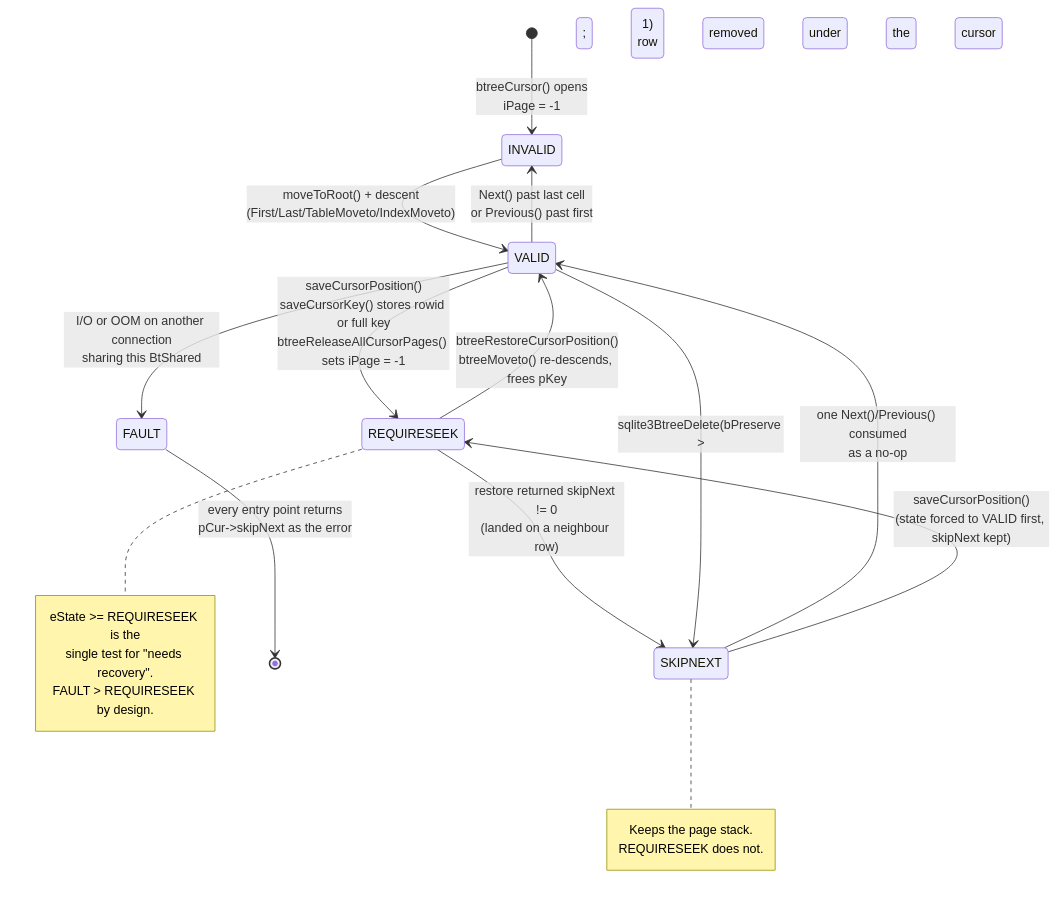
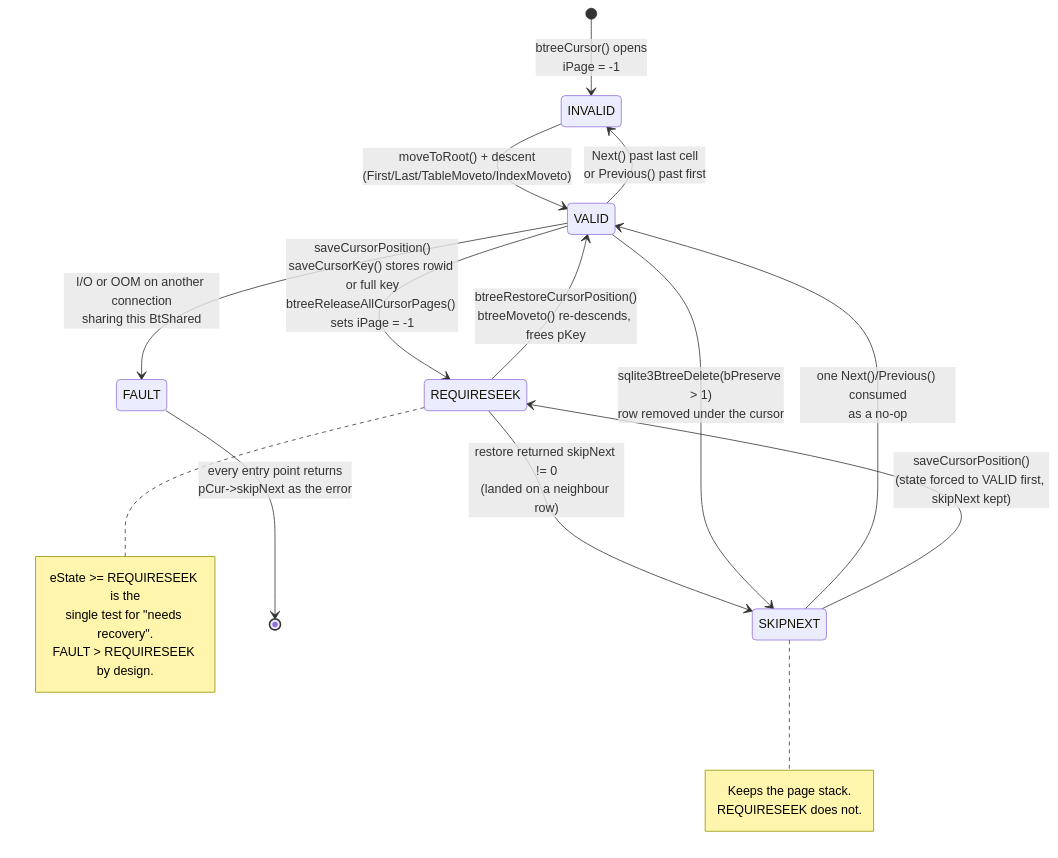
One commit to aryanttripathi/daily-learning-log changed the first of 2 diagrams in 2026/09/2026-09-25-sqlite-btcursor-navigation-seek-restore/README.md. Above: the diagram before and after it, drawn with Mermaid.

Commit message:
fix(2026-09-25): repair truncated Mermaid state-diagram label in lesson 10
The VALID -> SKIPNEXT transition label used an HTML entity ("bPreserve &gt; 1").
Mermaid's stateDiagram parser truncates the label at that entity, so the
rendered node lost everything after it, including "row removed under the
cursor". Replaced with a literal ">", which renders the full label correctly
(verified by rendering both forms with mermaid-cli).

Claude-Session: https://claude.ai/code/session_01Ad1xPXSgMmSRGhyDySwaGd

````diff
--- a/2026/09/2026-09-25-sqlite-btcursor-navigation-seek-restore/README.md
+++ b/2026/09/2026-09-25-sqlite-btcursor-navigation-seek-restore/README.md
@@ -224,23 +224,23 @@
 ```mermaid
 stateDiagram-v2
     [*] --> INVALID: btreeCursor() opens<br/>iPage = -1
     INVALID --> VALID: moveToRoot() + descent<br/>(First/Last/TableMoveto/IndexMoveto)
     VALID --> INVALID: Next() past last cell<br/>or Previous() past first
     VALID --> REQUIRESEEK: saveCursorPosition()<br/>saveCursorKey() stores rowid or full key<br/>btreeReleaseAllCursorPages() sets iPage = -1
     REQUIRESEEK --> VALID: btreeRestoreCursorPosition()<br/>btreeMoveto() re-descends, frees pKey
     REQUIRESEEK --> SKIPNEXT: restore returned skipNext != 0<br/>(landed on a neighbour row)
-    VALID --> SKIPNEXT: sqlite3BtreeDelete(bPreserve &gt; 1)<br/>row removed under the cursor
+    VALID --> SKIPNEXT: sqlite3BtreeDelete(bPreserve > 1)<br/>row removed under the cursor
     SKIPNEXT --> VALID: one Next()/Previous() consumed<br/>as a no-op
     SKIPNEXT --> REQUIRESEEK: saveCursorPosition()<br/>(state forced to VALID first, skipNext kept)
     VALID --> FAULT: I/O or OOM on another connection<br/>sharing this BtShared
     FAULT --> [*]: every entry point returns<br/>pCur->skipNext as the error
     note right of REQUIRESEEK
       eState >= REQUIRESEEK is the
       single test for "needs recovery".
       FAULT > REQUIRESEEK by design.
     end note
     note right of SKIPNEXT
       Keeps the page stack.
       REQUIRESEEK does not.
     end note
 ```
````
